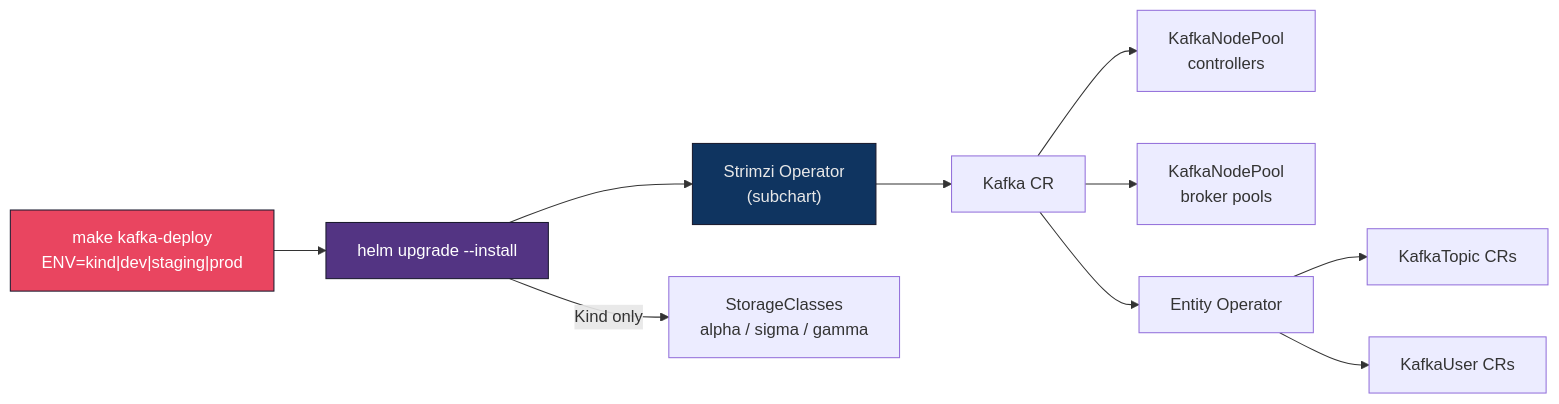
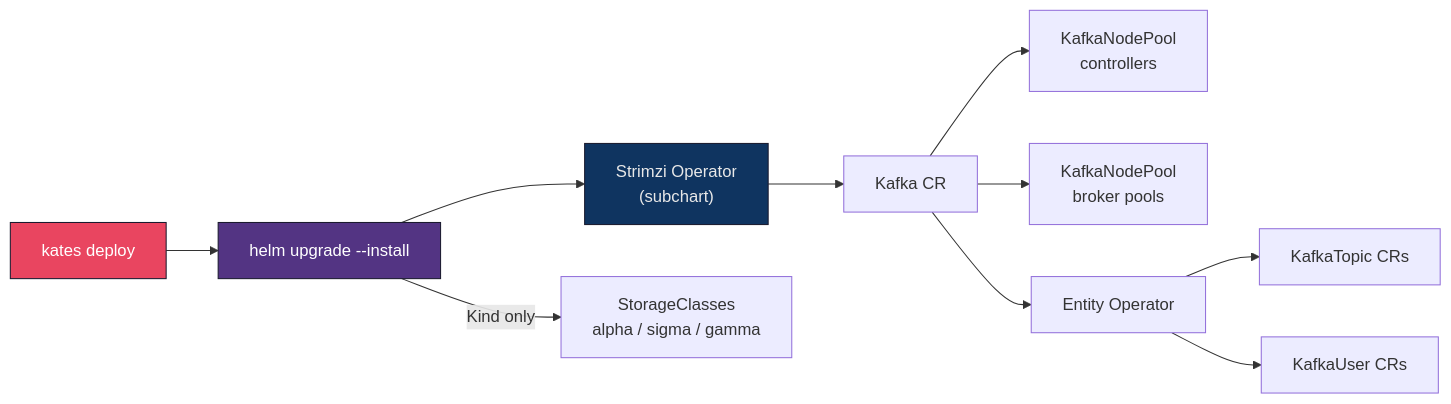
Before and after one commit to actions-marketplace-validations/bmscomp_kates: the second of 3 diagrams in charts/kafka-cluster/README.md, drawn with Mermaid. The commit also changed other lines of this file and 36 other files, not shown here.

````diff
--- a/charts/kafka-cluster/README.md
+++ b/charts/kafka-cluster/README.md
@@ -162,17 +161,17 @@
 ```mermaid
 flowchart LR
-    A["make kafka-deploy<br/>ENV=kind|dev|staging|prod"] --> B["helm upgrade --install"]
+    A["kates deploy"] --> B["helm upgrade --install"]
     B --> C["Strimzi Operator<br/>(subchart)"]
     C --> D["Kafka CR"]
     D --> E["KafkaNodePool<br/>controllers"]
     D --> F["KafkaNodePool<br/>broker pools"]
     D --> G["Entity Operator"]
     G --> H["KafkaTopic CRs"]
     G --> I["KafkaUser CRs"]
 
     B --> |"Kind only"| J["StorageClasses<br/>alpha / sigma / gamma"]
 
     style A fill:#e94560,stroke:#1a1a2e,color:#fff
     style B fill:#533483,stroke:#1a1a2e,color:#fff
     style C fill:#0f3460,stroke:#1a1a2e,color:#e8e8e8
 ```
````
